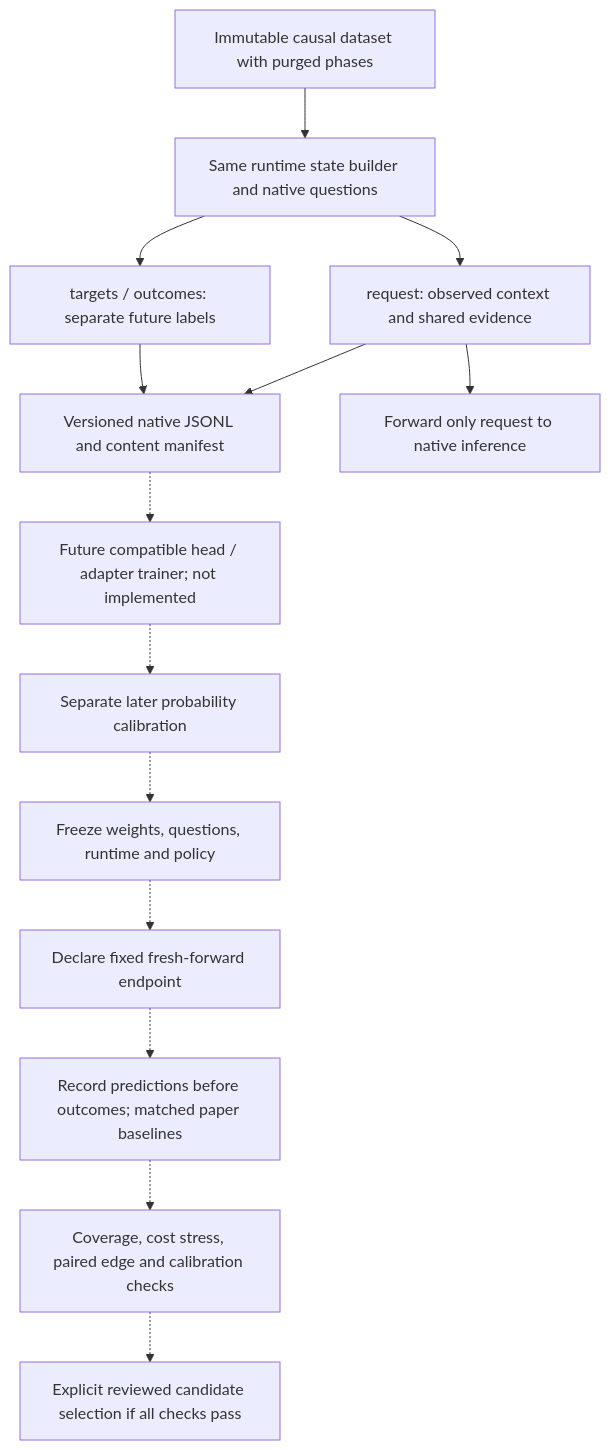
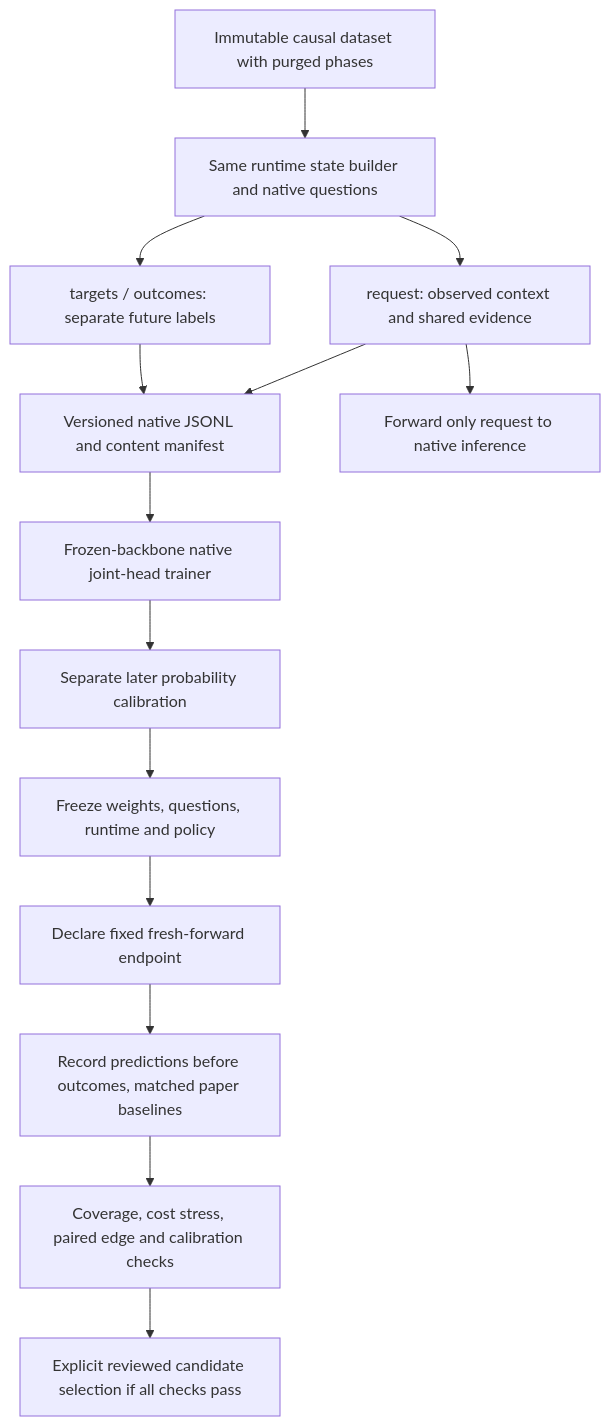
The fourth of 4 diagrams in docs/clef.md (ar4ft/trade-harness), drawn with Mermaid before and after one commit. The commit also changed other lines of this file and 39 other files, not shown here.

First line of the commit message:
Add matched trading evidence, native Clef training and operational scorecards

````diff
--- a/docs/clef.md
+++ b/docs/clef.md
@@ -203,16 +227,16 @@
 ```mermaid
 flowchart TD
     Data["Immutable causal dataset with purged phases"] --> Build["Same runtime state builder and native questions"]
     Build --> Request["request: observed context and shared evidence"]
     Build --> Targets["targets / outcomes: separate future labels"]
     Request --> Export["Versioned native JSONL and content manifest"]
     Targets --> Export
     Request --> Inference["Forward only request to native inference"]
-    Export -.-> Trainer["Future compatible head / adapter trainer; not implemented"]
-    Trainer -.-> Calibrate["Separate later probability calibration"]
-    Calibrate -.-> Candidate["Freeze weights, questions, runtime and policy"]
-    Candidate -.-> Lock["Declare fixed fresh-forward endpoint"]
-    Lock -.-> Capture["Record predictions before outcomes; matched paper baselines"]
-    Capture -.-> Gate["Coverage, cost stress, paired edge and calibration checks"]
-    Gate -.-> Review["Explicit reviewed candidate selection if all checks pass"]
+    Export --> Trainer["Frozen-backbone native joint-head trainer"]
+    Trainer --> Calibrate["Separate later probability calibration"]
+    Calibrate --> Candidate["Freeze weights, questions, runtime and policy"]
+    Candidate --> Lock["Declare fixed fresh-forward endpoint"]
+    Lock --> Capture["Record predictions before outcomes, matched paper baselines"]
+    Capture --> Gate["Coverage, cost stress, paired edge and calibration checks"]
+    Gate --> Review["Explicit reviewed candidate selection if all checks pass"]
 ```
````
